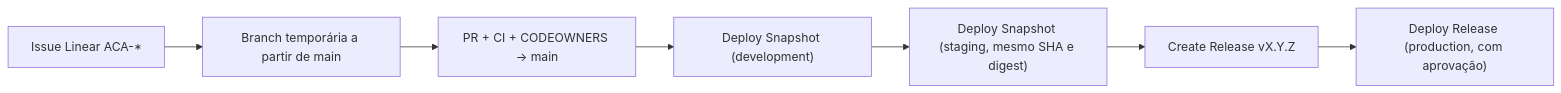
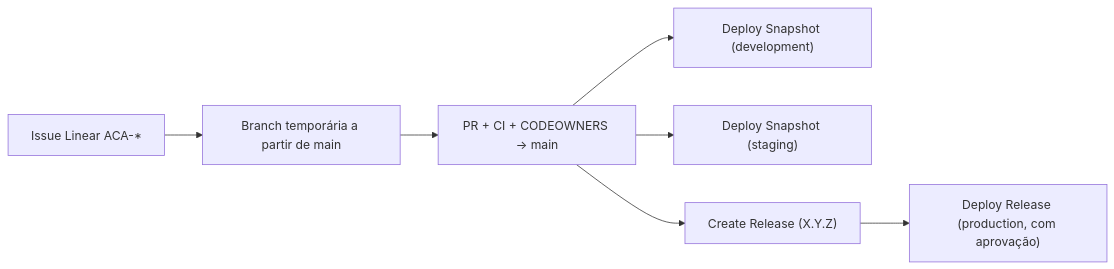
One commit to DevCaverna/acadflow-api changed the diagram in docs/gerencia-de-configuracao.md. Above: the diagram before and after it, drawn with Mermaid. The commit also changed other lines of this file and 10 other files, not shown here.

````diff
--- a/docs/gerencia-de-configuracao.md
+++ b/docs/gerencia-de-configuracao.md
@@ -60,9 +60,9 @@
 ```mermaid
 flowchart LR
     Issue["Issue Linear ACA-*"] --> Feat["Branch temporária a partir de main"]
     Feat --> PRMain["PR + CI + CODEOWNERS → main"]
     PRMain --> SnapDev["Deploy Snapshot (development)"]
-    SnapDev --> SnapStg["Deploy Snapshot (staging, mesmo SHA e digest)"]
-    SnapStg --> Rel["Create Release vX.Y.Z"]
+    PRMain --> SnapStg["Deploy Snapshot (staging)"]
+    PRMain --> Rel["Create Release (X.Y.Z)"]
     Rel --> Prod["Deploy Release (production, com aprovação)"]
 ```
````
